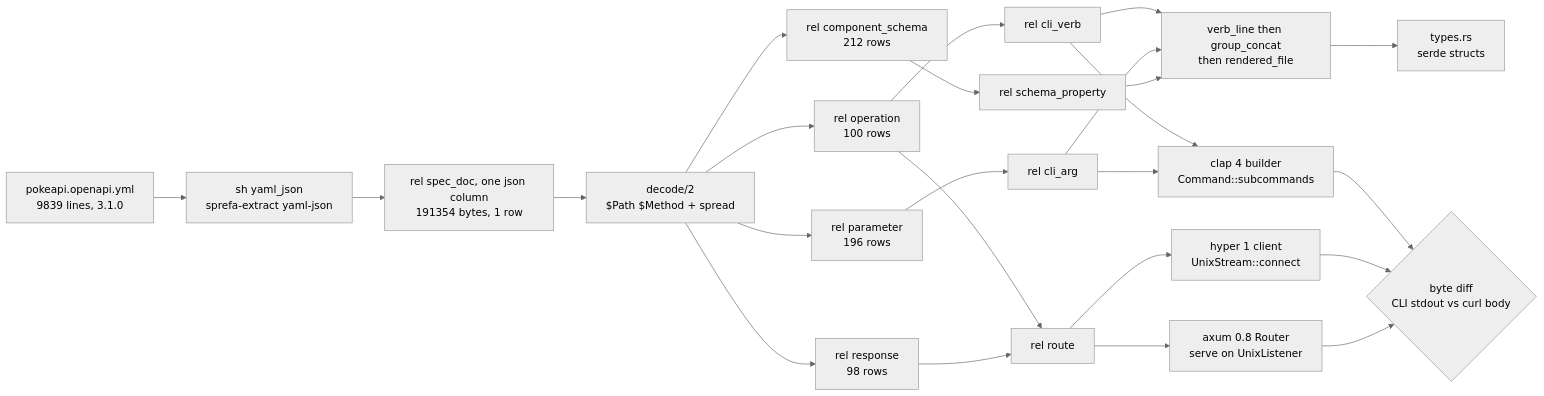
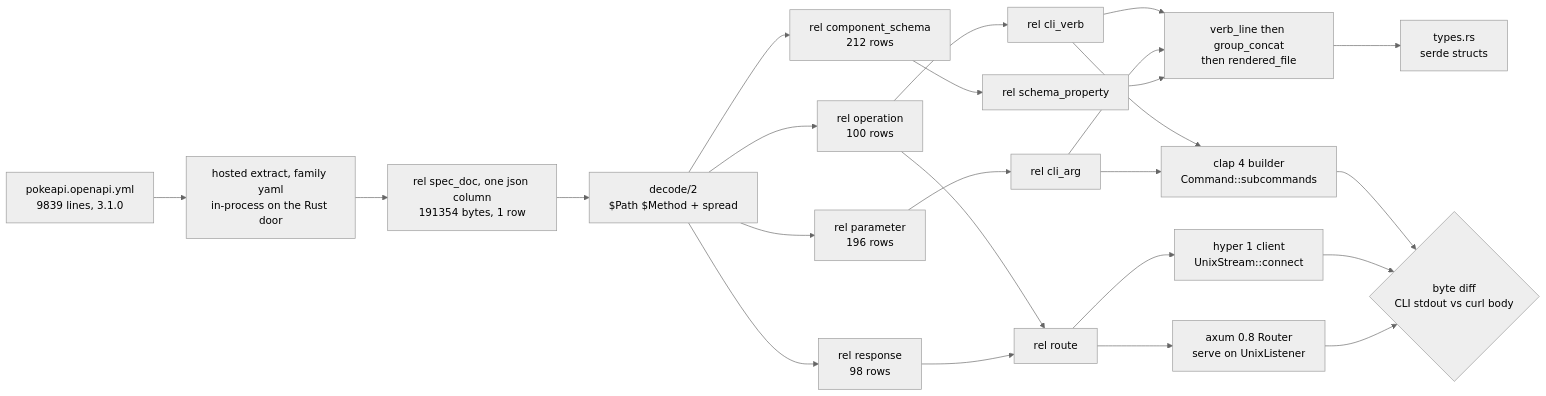
The diagram in plans/2026-08-17-openapi-clap-uds.PLAN.md (hafley66/sprefa), drawn with Mermaid (neutral theme) before and after one commit. The commit also changed other lines of this file and 1 other file, not shown here.

Commit message:
plan: yaml is an extract family through the hosted extract template, never a shell escape

````diff
--- a/plans/2026-08-17-openapi-clap-uds.PLAN.md
+++ b/plans/2026-08-17-openapi-clap-uds.PLAN.md
@@ -311,41 +315,41 @@
 ```mermaid
 flowchart LR
   YML["pokeapi.openapi.yml<br/>9839 lines, 3.1.0"]
-  HOST["sh yaml_json<br/>sprefa-extract yaml-json"]
+  HOST["hosted extract, family yaml<br/>in-process on the Rust door"]
   DOC["rel spec_doc, one json column<br/>191354 bytes, 1 row"]
 
   YML --> HOST --> DOC
 
   DEC["decode/2<br/>$Path $Method + spread"]
   DOC --> DEC
 
   OP["rel operation<br/>100 rows"]
   PA["rel parameter<br/>196 rows"]
   RS["rel response<br/>98 rows"]
   CS["rel component_schema<br/>212 rows"]
   DEC --> OP & PA & RS & CS
 
   VERB["rel cli_verb"]
   ARG["rel cli_arg"]
   ROUTE["rel route"]
   OP --> VERB & ROUTE
   PA --> ARG
   RS --> ROUTE
   CS --> TYPES["rel schema_property"]
 
   LINE["verb_line then group_concat<br/>then rendered_file"]
   VERB & ARG & TYPES --> LINE
 
   CLAP["clap 4 builder<br/>Command::subcommands"]
   AXUM["axum 0.8 Router<br/>serve on UnixListener"]
   CLIENT["hyper 1 client<br/>UnixStream::connect"]
   VERB & ARG --> CLAP
   ROUTE --> AXUM
   ROUTE --> CLIENT
   LINE --> RSFILE["types.rs<br/>serde structs"]
 
   DIFF{"byte diff<br/>CLI stdout vs curl body"}
   CLAP --> DIFF
   CLIENT --> DIFF
   AXUM --> DIFF
 ```
````
